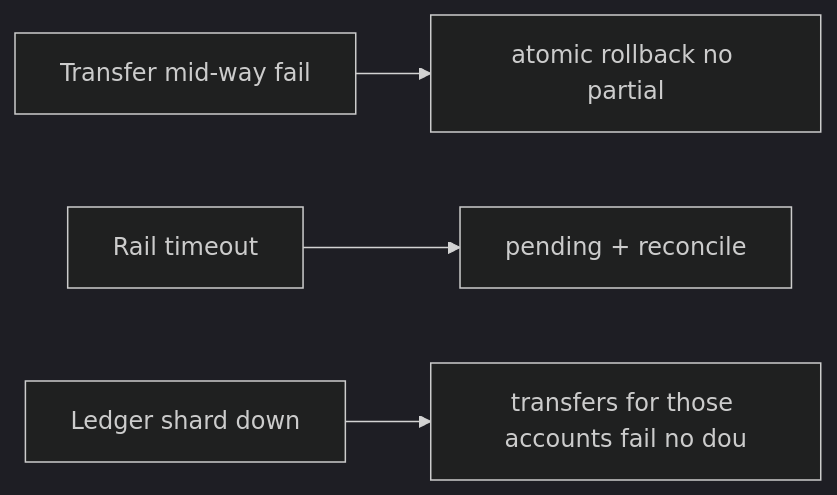
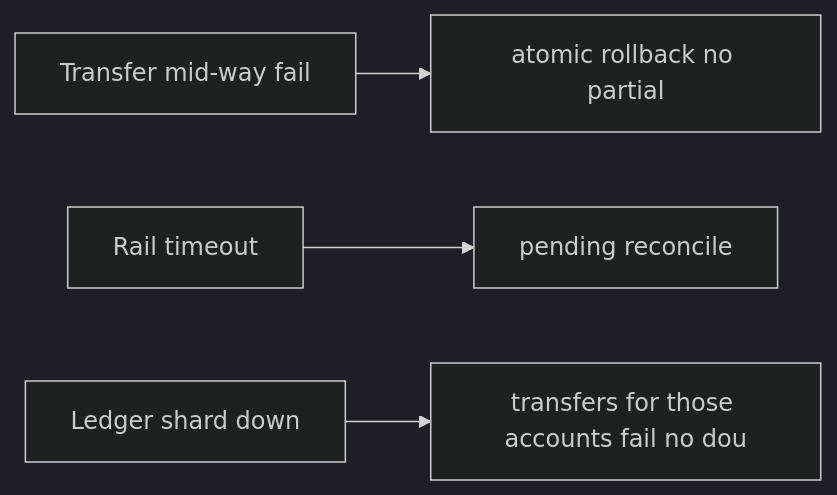
One commit to RIT-MESH/system-design-mastery changed the third of 3 diagrams in case-studies/advanced/digital-wallet.md. Above: the diagram before and after it, drawn with Mermaid (dark theme). The commit also changed other lines of this file and 215 other files, not shown here.

First line of the commit message:
Complete all remaining work: expand case studies, add 13 AI case studies, fix diagrams, status to Complete

````diff
--- a/case-studies/advanced/digital-wallet.md
+++ b/case-studies/advanced/digital-wallet.md
@@ -138,13 +171,13 @@
 ```mermaid
 %% created-for: system-design-mastery
 flowchart LR
   C1["Transfer mid-way fail"]
   R2["atomic rollback no partial"]
   C1 --> R2
   C3["Rail timeout"]
-  R4["pending + reconcile"]
+  R4["pending reconcile"]
   C3 --> R4
   C5["Ledger shard down"]
   R6["transfers for those accounts fail no dou"]
   C5 --> R6
 ```
````
